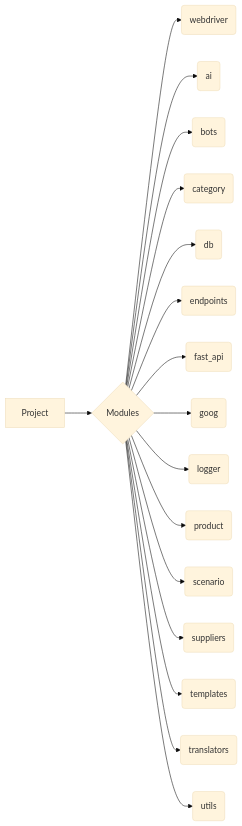
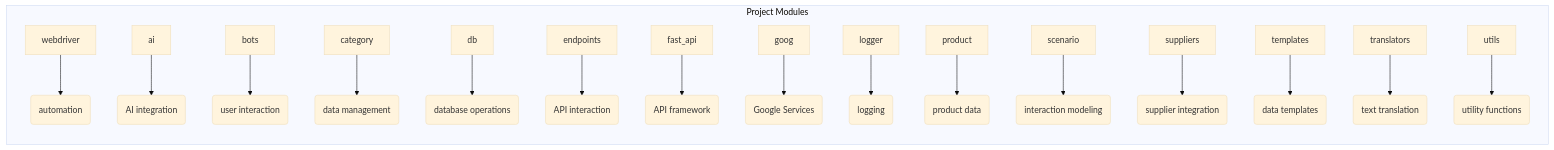
One commit to hypo69/hypo changed the diagram in docs/gemini/en/explainer/src/readme.ru.md. Above: the diagram before and after it, drawn with Mermaid (base theme). The commit also changed other lines of this file and 2939 other files, not shown here.

````diff
--- a/docs/gemini/en/explainer/src/readme.ru.md
+++ b/docs/gemini/en/explainer/src/readme.ru.md
@@ -79,19 +76,20 @@
 ```mermaid
 graph LR
-    A[Project] --> B{Modules};
-    B --> C(webdriver);
-    B --> D(ai);
-    B --> E(bots);
-    B --> F(category);
-    B --> G(db);
-    B --> H(endpoints);
-    B --> I(fast_api);
-    B --> J(goog);
-    B --> K(logger);
-    B --> L(product);
-    B --> M(scenario);
-    B --> N(suppliers);
-    B --> O(templates);
-    B --> P(translators);
-    B --> Q(utils);
+    subgraph Project Modules
+        A[webdriver] --> B(automation);
+        C[ai] --> D(AI integration);
+        E[bots] --> F(user interaction);
+        G[category] --> H(data management);
+        I[db] --> J(database operations);
+        K[endpoints] --> L(API interaction);
+        M[fast_api] --> N(API framework);
+        O[goog] --> P(Google Services);
+        Q[logger] --> R(logging);
+        S[product] --> T(product data);
+        U[scenario] --> V(interaction modeling);
+        W[suppliers] --> X(supplier integration);
+        Y[templates] --> Z(data templates);
+        AA[translators] --> AB(text translation);
+        AC[utils] --> AD(utility functions);
+    end
 ```
````
